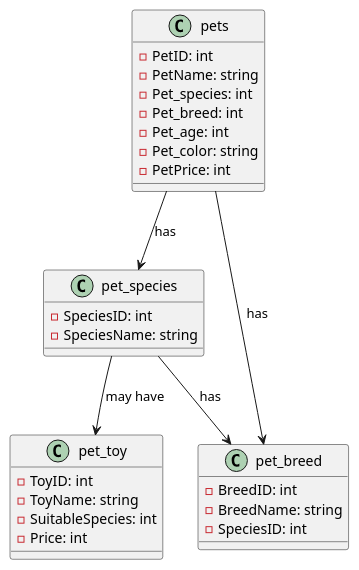
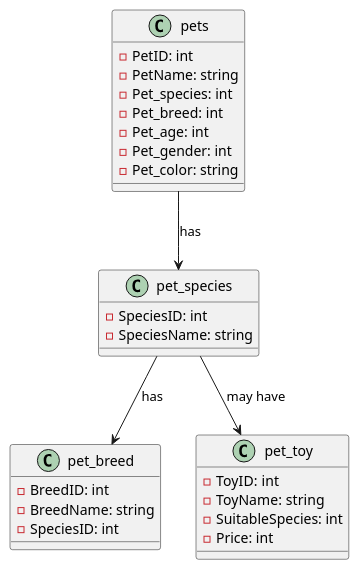
Before and after one commit to Moonstone07/bloc3-adv-web: the diagram in project-1/pet_store_tables.puml, drawn with PlantUML. The commit also changed 4 other files, not shown here.

```diff
--- a/project-1/pet_store_tables.puml
+++ b/project-1/pet_store_tables.puml
@@ -1,54 +1,53 @@
 @startuml
 
 class pets{
     - PetID: int
     - PetName: string
     - Pet_species: int
     - Pet_breed: int
     - Pet_age: int
+    - Pet_gender: int
     - Pet_color: string
-    - PetPrice: int
+
 
 }
 
 class pet_species{
     - SpeciesID: int
     - SpeciesName: string
 }
 
 class pet_breed{
     - BreedID: int
     - BreedName: string
     - SpeciesID: int
 }
 
 
 class pet_toy{
     - ToyID: int
     - ToyName: string
     - SuitableSpecies: int
     - Price: int
 }
 
 pets --> pet_species : has
 ' the pets has a pet_species
-pets --> pet_breed : has
-' the pets has a pet_breed
 pet_species --> pet_breed : has
 ' the pet_species has a pet_breed
 pet_species --> pet_toy : may have 
 ' the pet_species may have a pet_toy
 
 
 
     ' is the price dependent on the breed alone or also the species? Because a cat doesn't have the same price as a dog, same for a bird.
 
     ' I would have a table for the species and a table for the breed. The breed table would have a foreign key to the species table.
 
     ' The breed table would have a price field. The species table would have a price field. The price field in the species table would be the base price.
 
     ' The price field in the breed table would be the price of the breed. The price of the breed would be the base price plus the price of the breed.
 
     ' In the database design, you might have pricing tables that store base prices for each species and additional tables or fields that accommodate variations in pricing based on breeds within each species. This would allow for a more nuanced representation of pricing for toys or pets based on their species and breed.
 
 @enduml
```
